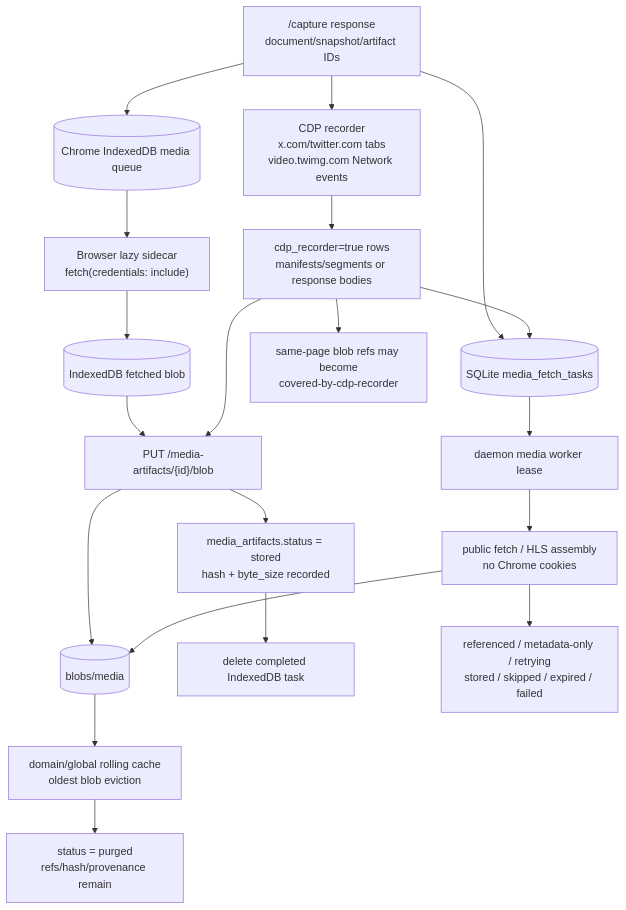
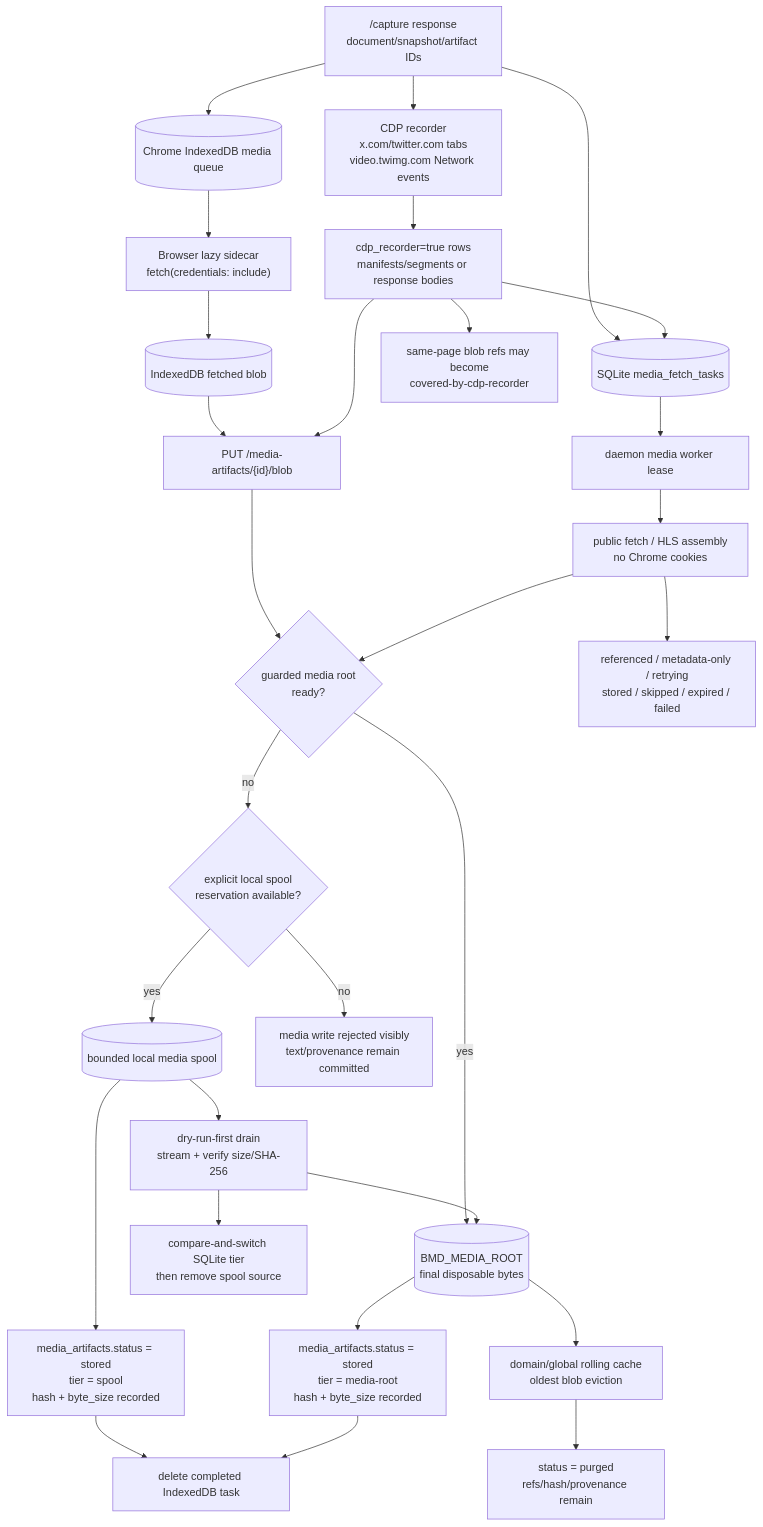
The fourth of 8 diagrams in docs/DIAGRAMS.md (michaelnicks0/browser-memory-daemon), drawn with Mermaid before and after one commit. The commit also changed other lines of this file and 184 other files, not shown here.

Commit message:
feat(storage): split media root and add bounded spool

````diff
--- a/docs/DIAGRAMS.md
+++ b/docs/DIAGRAMS.md
@@ -87,26 +87,35 @@
 ```mermaid
 flowchart TB
   CaptureResult["/capture response<br/>document/snapshot/artifact IDs"] --> BrowserQueue[("Chrome IndexedDB media queue")]
   CaptureResult --> DaemonTasks[("SQLite media_fetch_tasks")]
   CaptureResult --> CDP["CDP recorder<br/>x.com/twitter.com tabs<br/>video.twimg.com Network events"]
 
   BrowserQueue --> BrowserFetch["Browser lazy sidecar<br/>fetch(credentials: include)"]
   BrowserFetch --> BrowserBlob[("IndexedDB fetched blob")]
   BrowserBlob --> RawPut["PUT /media-artifacts/{id}/blob"]
-  RawPut --> MediaBlobs[("blobs/media")]
-  RawPut --> Stored["media_artifacts.status = stored<br/>hash + byte_size recorded"]
+  RawPut --> RootReady{"guarded media root<br/>ready?"}
+  RootReady -->|"yes"| MediaBlobs[("BMD_MEDIA_ROOT<br/>final disposable bytes")]
+  RootReady -->|"no"| SpoolReady{"explicit local spool<br/>reservation available?"}
+  SpoolReady -->|"yes"| MediaSpool[("bounded local media spool")]
+  SpoolReady -->|"no"| MediaUnavailable["media write rejected visibly<br/>text/provenance remain committed"]
+  MediaBlobs --> Stored["media_artifacts.status = stored<br/>tier = media-root<br/>hash + byte_size recorded"]
+  MediaSpool --> Spooled["media_artifacts.status = stored<br/>tier = spool<br/>hash + byte_size recorded"]
+  Spooled --> BrowserDone
   Stored --> BrowserDone["delete completed IndexedDB task"]
 
   CDP --> CdpRows["cdp_recorder=true rows<br/>manifests/segments or response bodies"]
   CdpRows --> RawPut
   CdpRows --> DaemonTasks
   CdpRows --> Covered["same-page blob refs may become<br/>covered-by-cdp-recorder"]
 
   DaemonTasks --> Lease["daemon media worker lease"]
   Lease --> PublicFetch["public fetch / HLS assembly<br/>no Chrome cookies"]
-  PublicFetch --> MediaBlobs
+  PublicFetch --> RootReady
   PublicFetch --> Classified["referenced / metadata-only / retrying<br/>stored / skipped / expired / failed"]
 
   MediaBlobs --> Rolling["domain/global rolling cache<br/>oldest blob eviction"]
+  MediaSpool --> Drain["dry-run-first drain<br/>stream + verify size/SHA-256"]
+  Drain --> MediaBlobs
+  Drain --> TierSwitch["compare-and-switch SQLite tier<br/>then remove spool source"]
   Rolling --> Purged["status = purged<br/>refs/hash/provenance remain"]
 ```
````
